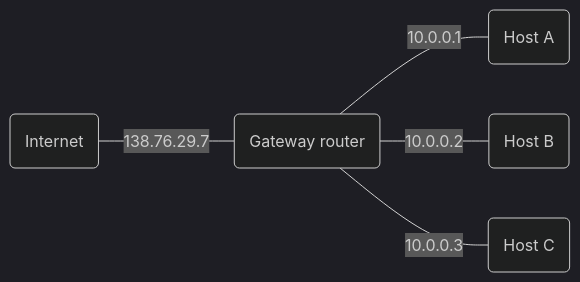
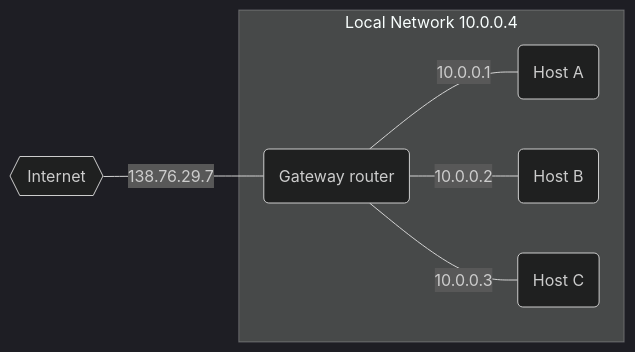
The diagram in Rutgers/2022 Fall/352/Notes/Lecture 22.md (benwang2/obsidian-f22), drawn with Mermaid (dark theme) before and after one commit.

Commit message:
vault backup: 2022-12-15 17:20:29

````diff
--- a/Rutgers/2022 Fall/352/Notes/Lecture 22.md
+++ b/Rutgers/2022 Fall/352/Notes/Lecture 22.md
@@ -45,7 +45,9 @@
 ```mermaid
-graph LR;
-	A(Internet) ---|138.76.29.7| B(Gateway router)
+flowchart LR;
+	A{{Internet}} ---|138.76.29.7| B(Gateway router)
+	subgraph Local Network 10.0.0.4
 	B ---|10.0.0.1| C(Host A)
 	B ---|10.0.0.2| D(Host B)
 	B ---|10.0.0.3| E(Host C)
+	end
 ```
````
